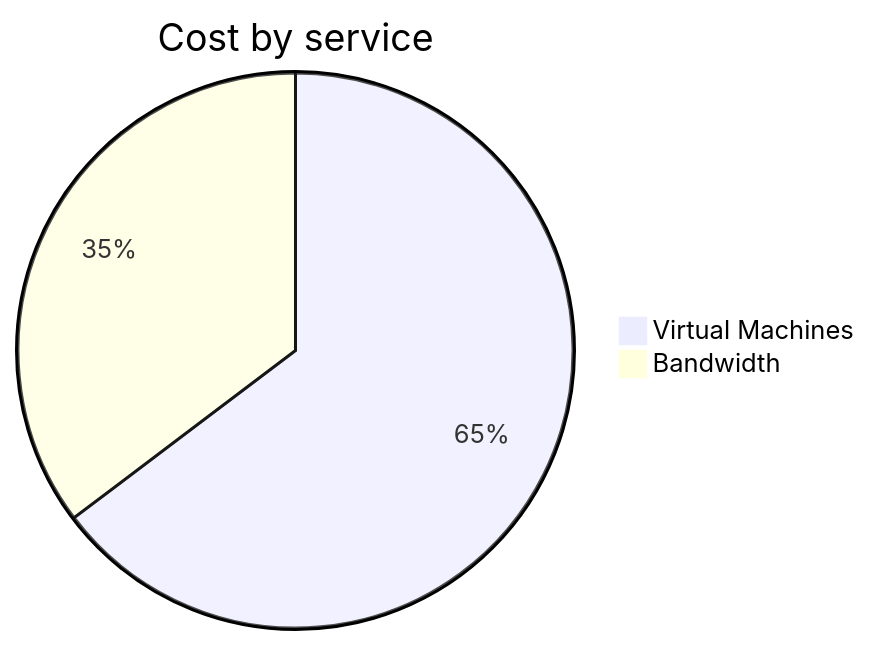
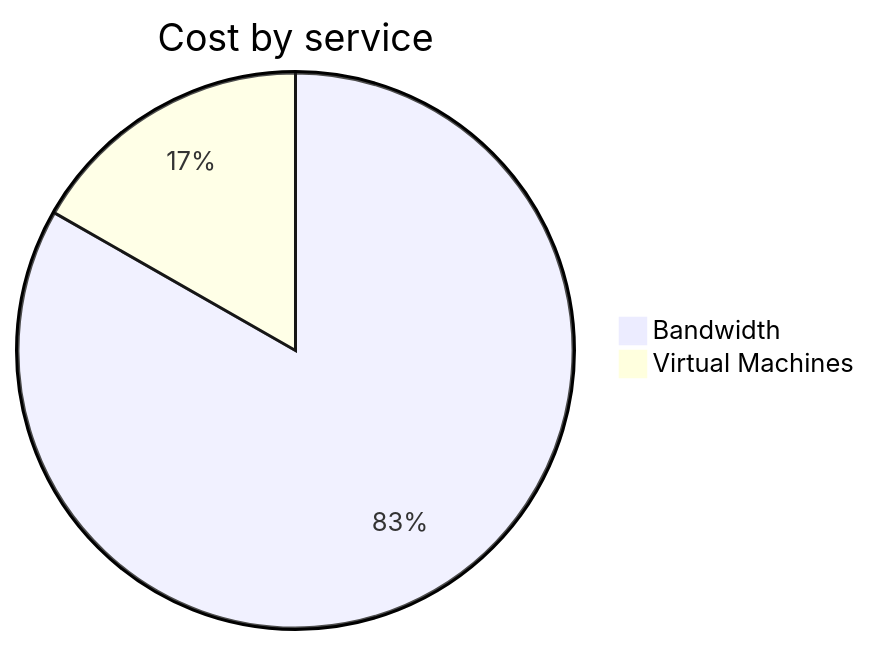
Before and after one commit to jpfulton/azure-personal-reports: the second of 4 diagrams in cost-reports/personal-network/vpn-server.md, drawn with Mermaid. The commit also changed other lines of this file and 8 other files, not shown here.

````diff
--- a/cost-reports/personal-network/vpn-server.md
+++ b/cost-reports/personal-network/vpn-server.md
@@ -92,6 +92,6 @@
 ```mermaid
 pie
    title Cost by service
-   "Virtual Machines" : 0.22
-   "Bandwidth" : 0.12
+   "Bandwidth" : 1.94
+   "Virtual Machines" : 0.39
 ```
````
